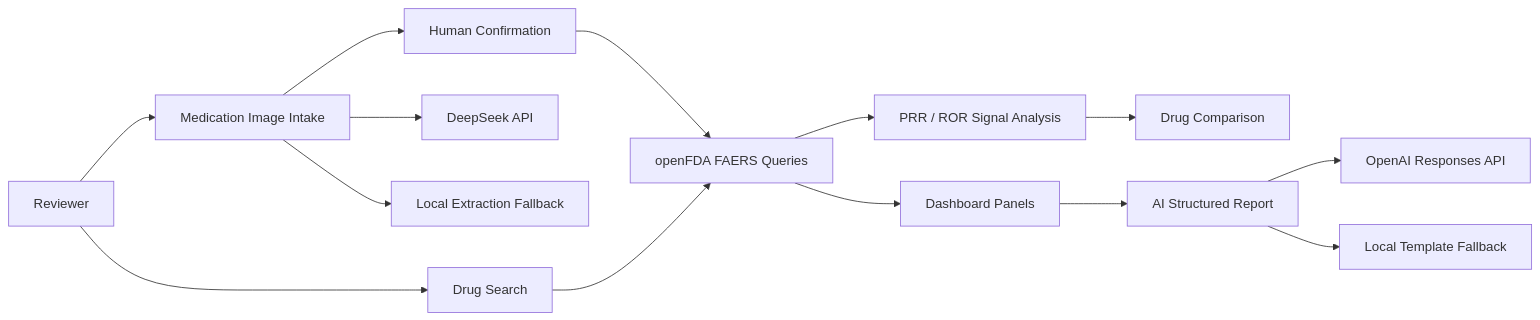
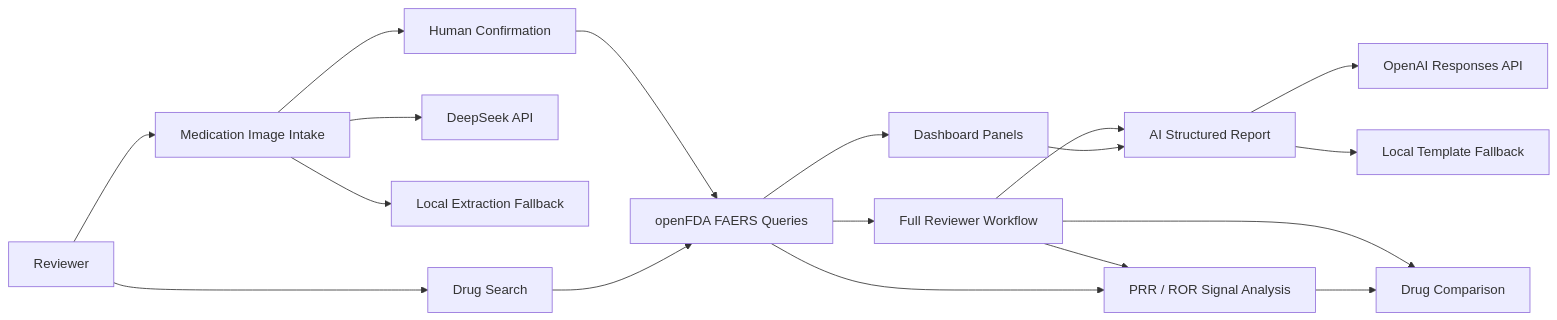
One commit to 67-rui/ai-pharmacovigilance-platform changed the diagram in docs/case-study.md. Above: the diagram before and after it, drawn with Mermaid. The commit also changed other lines of this file and 5 other files, not shown here.

Commit message:
Add full pharmacovigilance workflow action

````diff
--- a/docs/case-study.md
+++ b/docs/case-study.md
@@ -24,16 +25,20 @@
 ```mermaid
 flowchart LR
   User["Reviewer"] --> Intake["Medication Image Intake"]
   User --> DrugInput["Drug Search"]
   Intake --> DeepSeek["DeepSeek API"]
   Intake --> Fallback["Local Extraction Fallback"]
   Intake --> Confirm["Human Confirmation"]
   Confirm --> Faers["openFDA FAERS Queries"]
   DrugInput --> Faers
   Faers --> Dashboard["Dashboard Panels"]
+  Faers --> Workflow["Full Reviewer Workflow"]
+  Workflow --> Signal
+  Workflow --> Compare
+  Workflow --> Report
   Faers --> Signal["PRR / ROR Signal Analysis"]
   Signal --> Compare["Drug Comparison"]
   Dashboard --> Report["AI Structured Report"]
   Report --> OpenAI["OpenAI Responses API"]
   Report --> Template["Local Template Fallback"]
 ```
````
